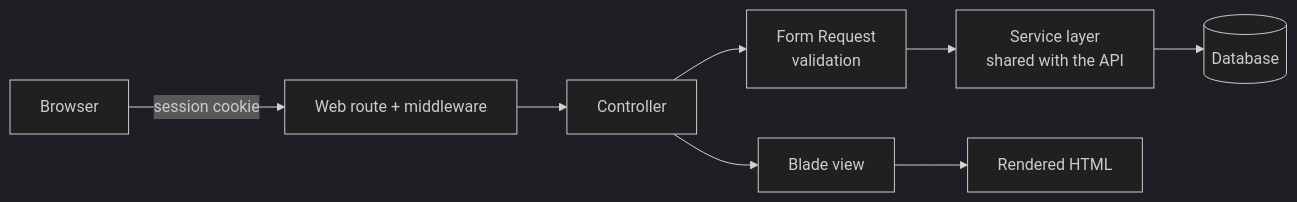
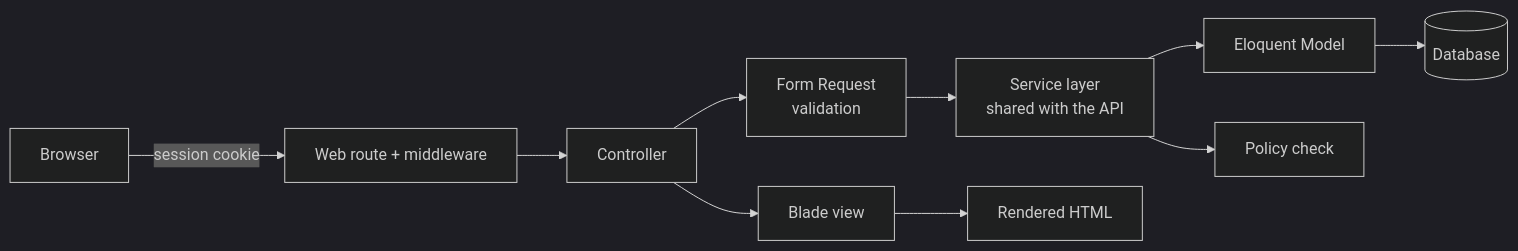
Before and after one commit to Voorbeelden/AnglerWeb: the diagram in README.md, drawn with Mermaid (dark theme).

Commit message:
update flowdiagram

````diff
--- a/README.md
+++ b/README.md
@@ -78,10 +78,12 @@
 ```mermaid
 flowchart LR
     A[Browser] -->|session cookie| B[Web route + middleware]
     B --> C[Controller]
     C --> D[Form Request<br/>validation]
     D --> E[Service layer<br/>shared with the API]
-    E --> F[(Database)]
-    C --> G[Blade view]
-    G --> H[Rendered HTML]
+    E --> F[Eloquent Model]
+    F --> G[(Database)]
+    E --> P[Policy check]
+    C --> H[Blade view]
+    H --> I[Rendered HTML]
 ```
````
